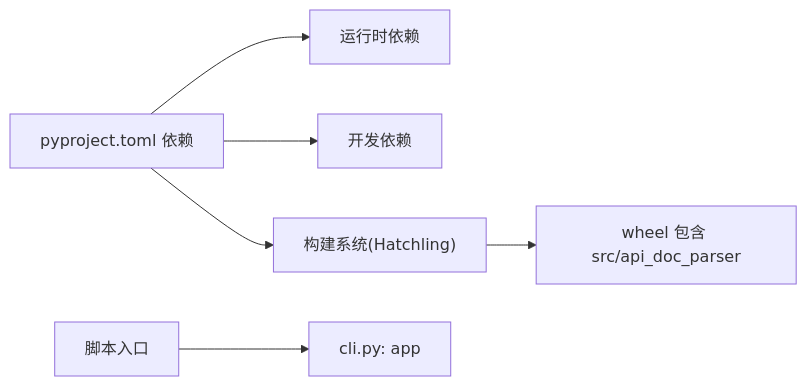
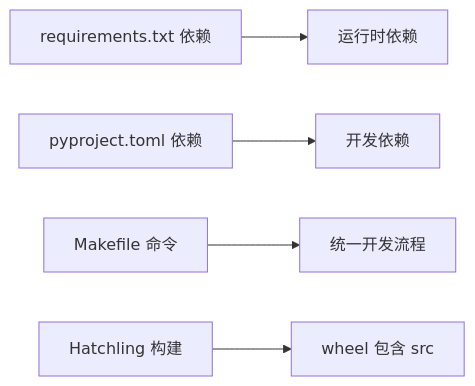
The sixth of 6 diagrams in .qoder/repowiki/zh/content/开发者指南.md (wowzhangji/doc_ai_parser), drawn with Mermaid before and after one commit. The commit also changed other lines of this file and 25 other files, not shown here.

````diff
--- a/.qoder/repowiki/zh/content/开发者指南.md
+++ b/.qoder/repowiki/zh/content/开发者指南.md
@@ -326,8 +339,7 @@
 ```mermaid
 graph LR
-A["pyproject.toml 依赖"] --> B["运行时依赖"]
-A --> C["开发依赖"]
-A --> D["构建系统(Hatchling)"]
-D --> E["wheel 包含 src/api_doc_parser"]
-F["脚本入口"] --> G["cli.py: app"]
+A["requirements.txt 依赖"] --> B["运行时依赖"]
+C["pyproject.toml 依赖"] --> D["开发依赖"]
+E["Makefile 命令"] --> F["统一开发流程"]
+G["Hatchling 构建"] --> H["wheel 包含 src"]
 ```
````
